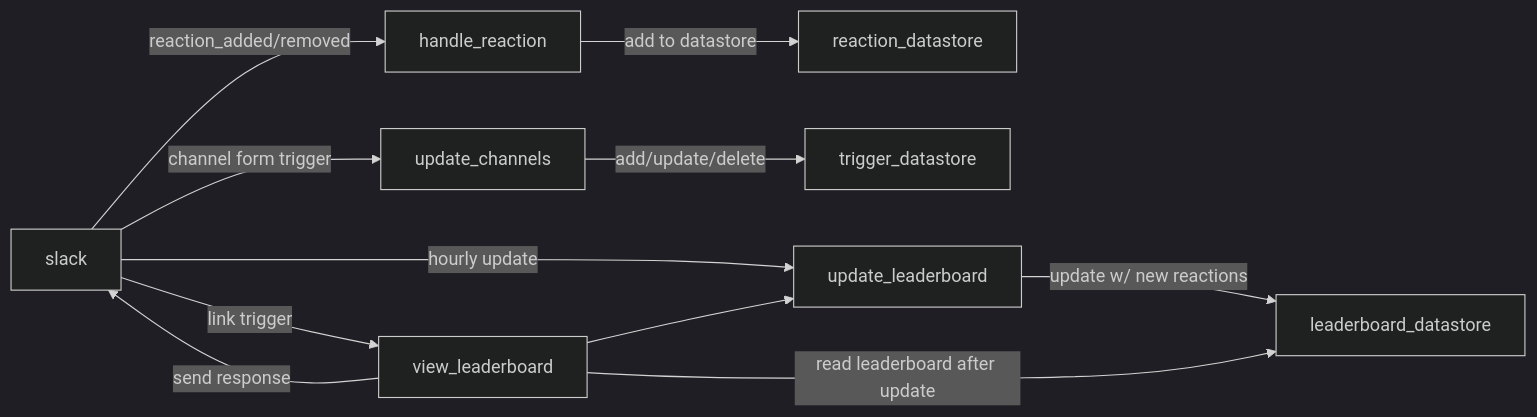
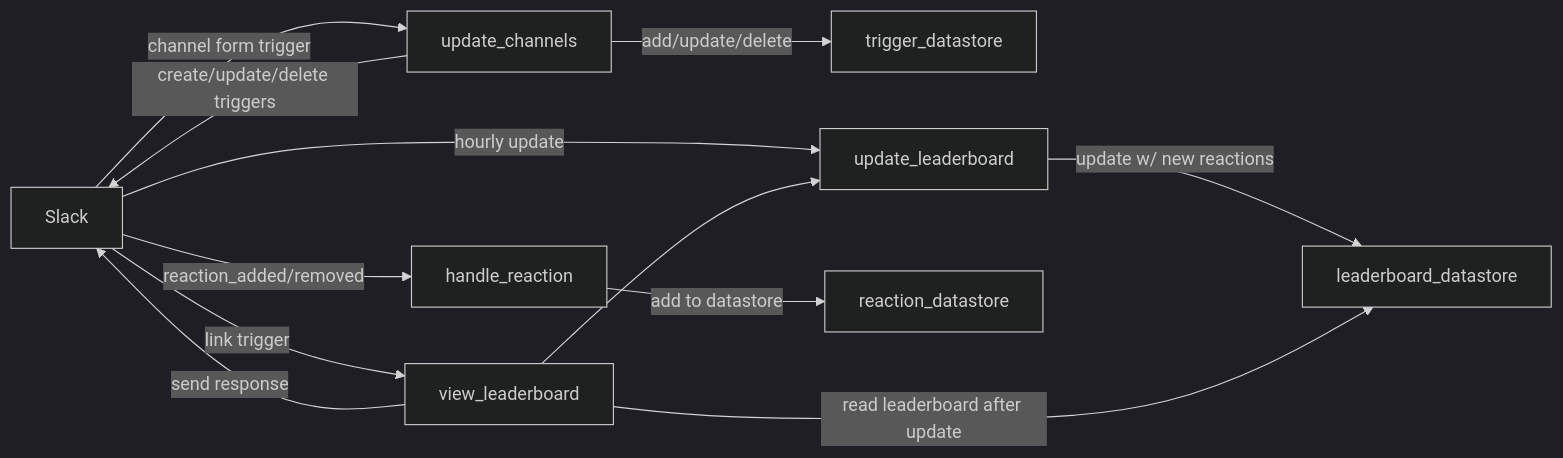
One commit to limlabs/reaction-contest changed the first of 3 diagrams in docs/hld.md. Above: the diagram before and after it, drawn with Mermaid (dark theme). The commit also changed other lines of this file, not shown here.

Commit message:
adds and updates diagrams

````diff
--- a/docs/hld.md
+++ b/docs/hld.md
@@ -37,12 +37,13 @@
 ```mermaid
 flowchart LR
-  slack -- reaction_added/removed --> handle_reaction
-  slack -- channel form trigger --> update_channels -- add/update/delete --> trigger_datastore
-  slack -- "hourly update" --> update_leaderboard
-  slack -- "link trigger" --> view_leaderboard
+  Slack -- reaction_added/removed --> handle_reaction
+  Slack -- channel form trigger --> update_channels -- add/update/delete --> trigger_datastore
+  update_channels -- create/update/delete triggers --> Slack
+  Slack -- "hourly update" --> update_leaderboard
+  Slack -- "link trigger" --> view_leaderboard
   handle_reaction -- "add to datastore" --> reaction_datastore
   update_leaderboard -- "update w/ new reactions" --> leaderboard_datastore
   view_leaderboard --> update_leaderboard
   view_leaderboard -- "read leaderboard after update" --> leaderboard_datastore
-  view_leaderboard -- "send response" --> slack
+  view_leaderboard -- "send response" --> Slack
 ```
````
